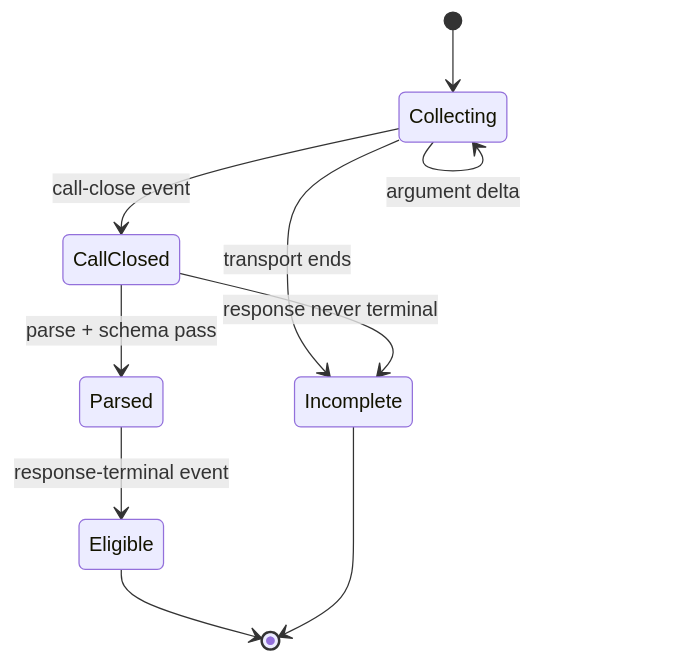
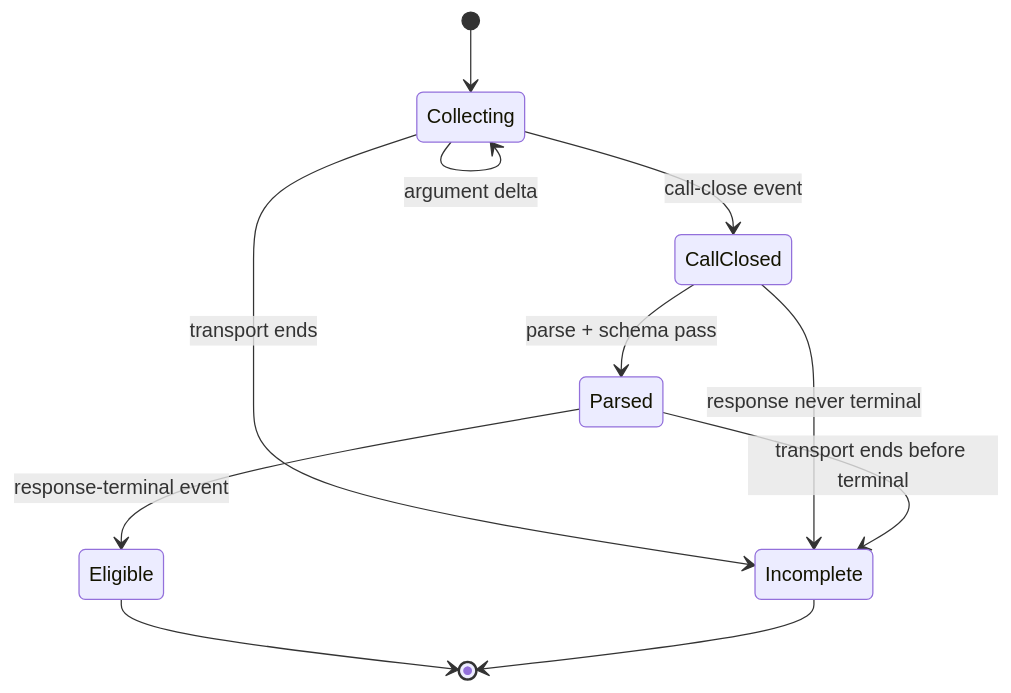
The fourth of 4 diagrams in chapters/12-api-surface.qmd (omkarsarde/agentic-engineering), drawn with Mermaid before and after one commit.

Commit message:
fig 12.7: add Parsed->Incomplete exit so every non-terminal path fails closed

````diff
--- a/chapters/12-api-surface.qmd
+++ b/chapters/12-api-surface.qmd
@@ -1103,15 +1103,16 @@
 ```{mermaid}
 %%| echo: false
 %%| label: fig-ch12-stream-state
 %%| fig-cap: "When may a streamed tool proposal become eligible for application policy? Only after both the call-close event and the response-terminal event; every other exit fails closed."
 stateDiagram-v2
     [*] --> Collecting
     Collecting --> Collecting: argument delta
     Collecting --> CallClosed: call-close event
     CallClosed --> Parsed: parse + schema pass
     Parsed --> Eligible: response-terminal event
     Collecting --> Incomplete: transport ends
     CallClosed --> Incomplete: response never terminal
+    Parsed --> Incomplete: transport ends before terminal
     Eligible --> [*]
     Incomplete --> [*]
 ```
````
